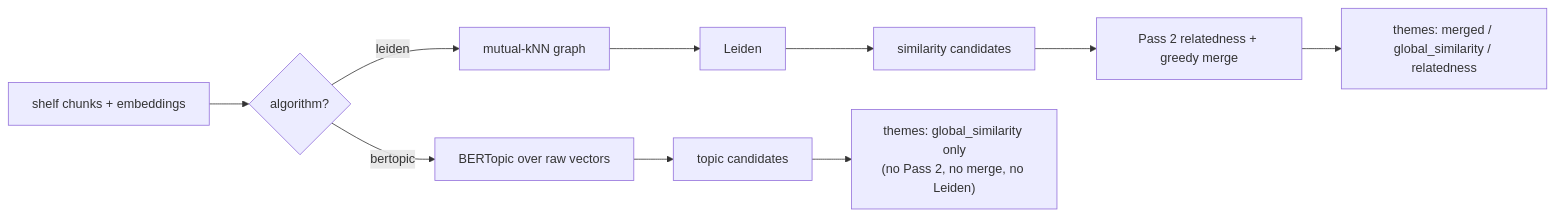
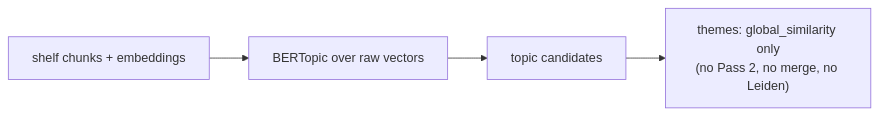
The second of 4 diagrams in docs/concepts/layer-b-themes.md (wisefood/foodscholar-lib), drawn with Mermaid before and after one commit. The commit also changed other lines of this file, not shown here.

First line of the commit message:
docs(layer-b): restructure themes page into two co-equal methods

````diff
--- a/docs/concepts/layer-b-themes.md
+++ b/docs/concepts/layer-b-themes.md
@@ -154,9 +195,5 @@
 ```{mermaid}
 flowchart LR
-    C[shelf chunks + embeddings] --> A{algorithm?}
-    A -->|leiden| G[mutual-kNN graph] --> L[Leiden] --> CAND[similarity candidates]
-    CAND --> MERGE[Pass 2 relatedness + greedy merge]
-    MERGE --> TH1["themes: merged / global_similarity / relatedness"]
-    A -->|bertopic| B[BERTopic over raw vectors] --> BTC[topic candidates]
-    BTC --> TH2["themes: global_similarity only<br/>(no Pass 2, no merge, no Leiden)"]
+    C[shelf chunks + embeddings] --> B[BERTopic over raw vectors] --> BTC[topic candidates]
+    BTC --> TH["themes: global_similarity only<br/>(no Pass 2, no merge, no Leiden)"]
 ```
````
